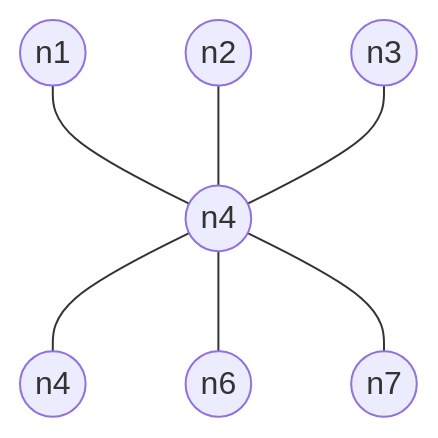
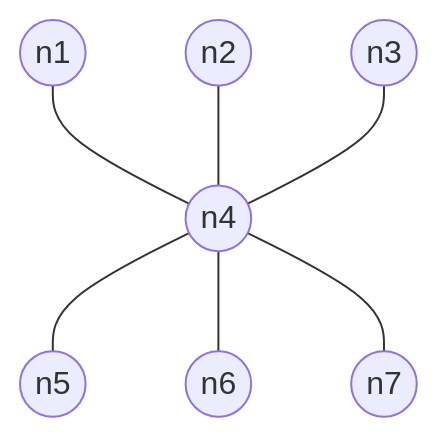
The third of 8 diagrams in docs/hr/nastava/materijali/emulator-core-generiranje-topologija.md (gaseri/website), drawn with Mermaid before and after one commit.

Commit message:
Changed n4->n5 (thanks to Matea for noticing)

````diff
--- a/docs/hr/nastava/materijali/emulator-core-generiranje-topologija.md
+++ b/docs/hr/nastava/materijali/emulator-core-generiranje-topologija.md
@@ -58,9 +58,9 @@
 ``` mermaid
 graph TB;
     n1((n1)) --- n4((n4));
     n2((n2)) --- n4((n4));
     n3((n3)) --- n4((n4));
-    n4((n4)) --- n5((n4));
+    n4((n4)) --- n5((n5));
     n4((n4)) --- n6((n6));
     n4((n4)) --- n7((n7));
 ```
````
